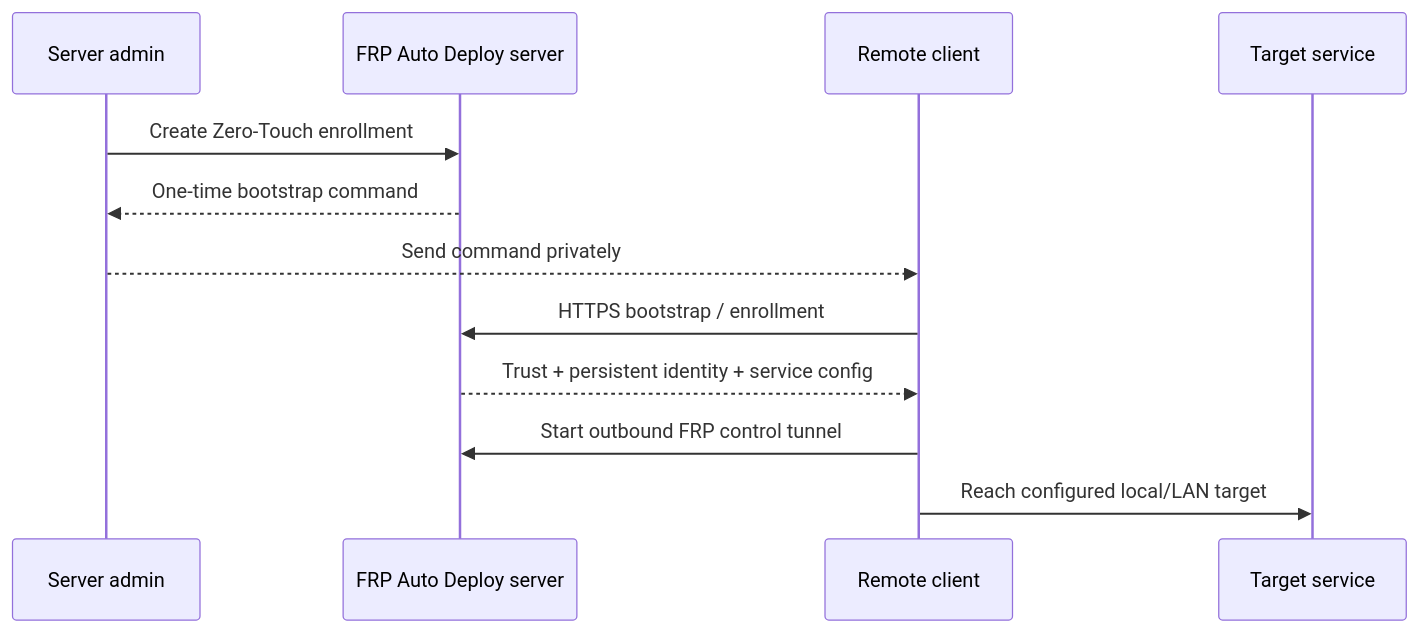
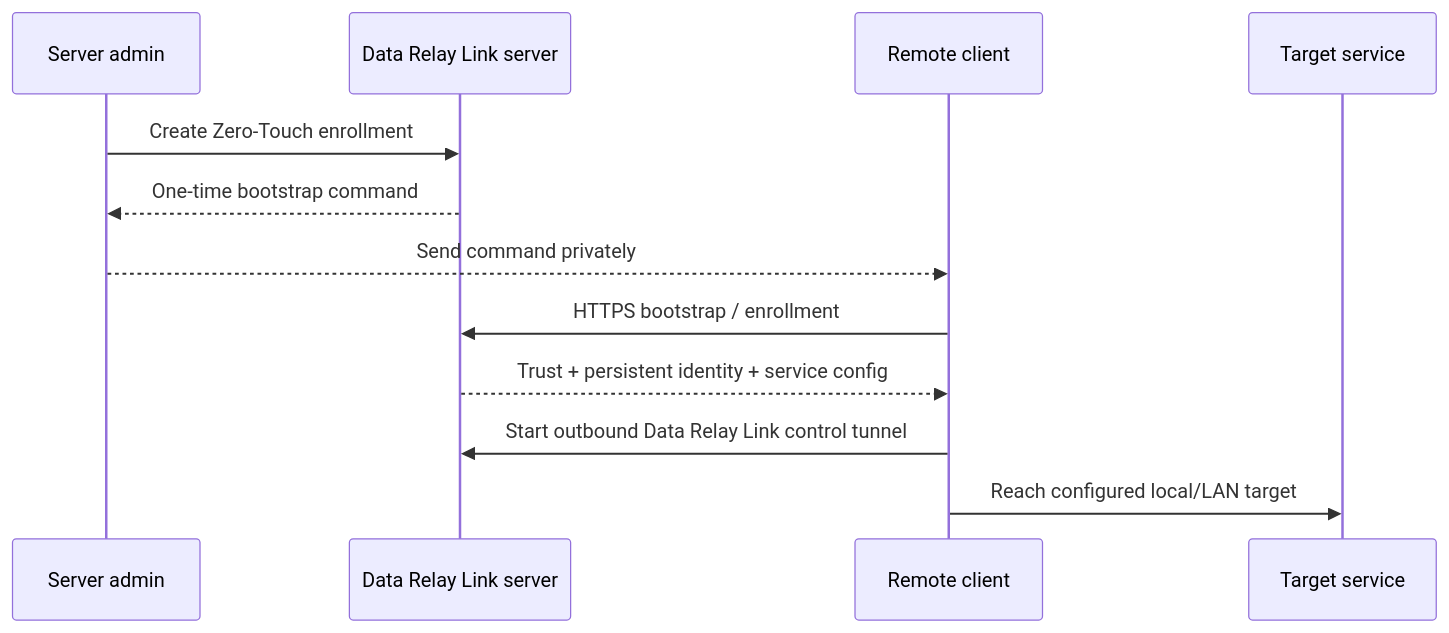
Before and after one commit to datarelay-labs/data-relay-link-docs: the fourth of 4 diagrams in getting-started/concepts.mdx, drawn with Mermaid. The commit also changed other lines of this file and 36 other files, not shown here.

````diff
--- a/getting-started/concepts.mdx
+++ b/getting-started/concepts.mdx
@@ -95,15 +95,15 @@
 ```mermaid
 sequenceDiagram
     participant A as Server admin
-    participant S as FRP Auto Deploy server
+    participant S as Data Relay Link server
     participant C as Remote client
     participant T as Target service
 
     A->>S: Create Zero-Touch enrollment
     S-->>A: One-time bootstrap command
     A-->>C: Send command privately
     C->>S: HTTPS bootstrap / enrollment
     S-->>C: Trust + persistent identity + service config
-    C->>S: Start outbound FRP control tunnel
+    C->>S: Start outbound Data Relay Link control tunnel
     C->>T: Reach configured local/LAN target
 ```
````
